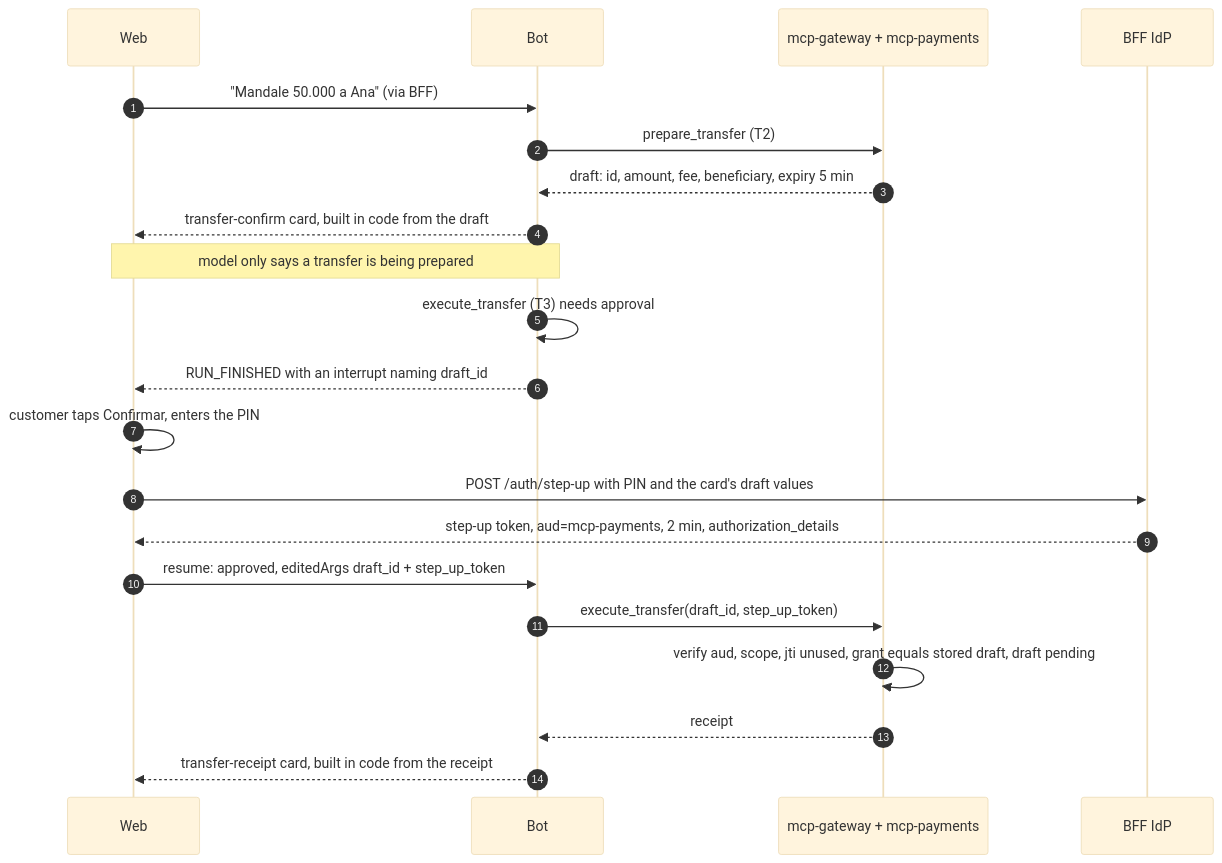
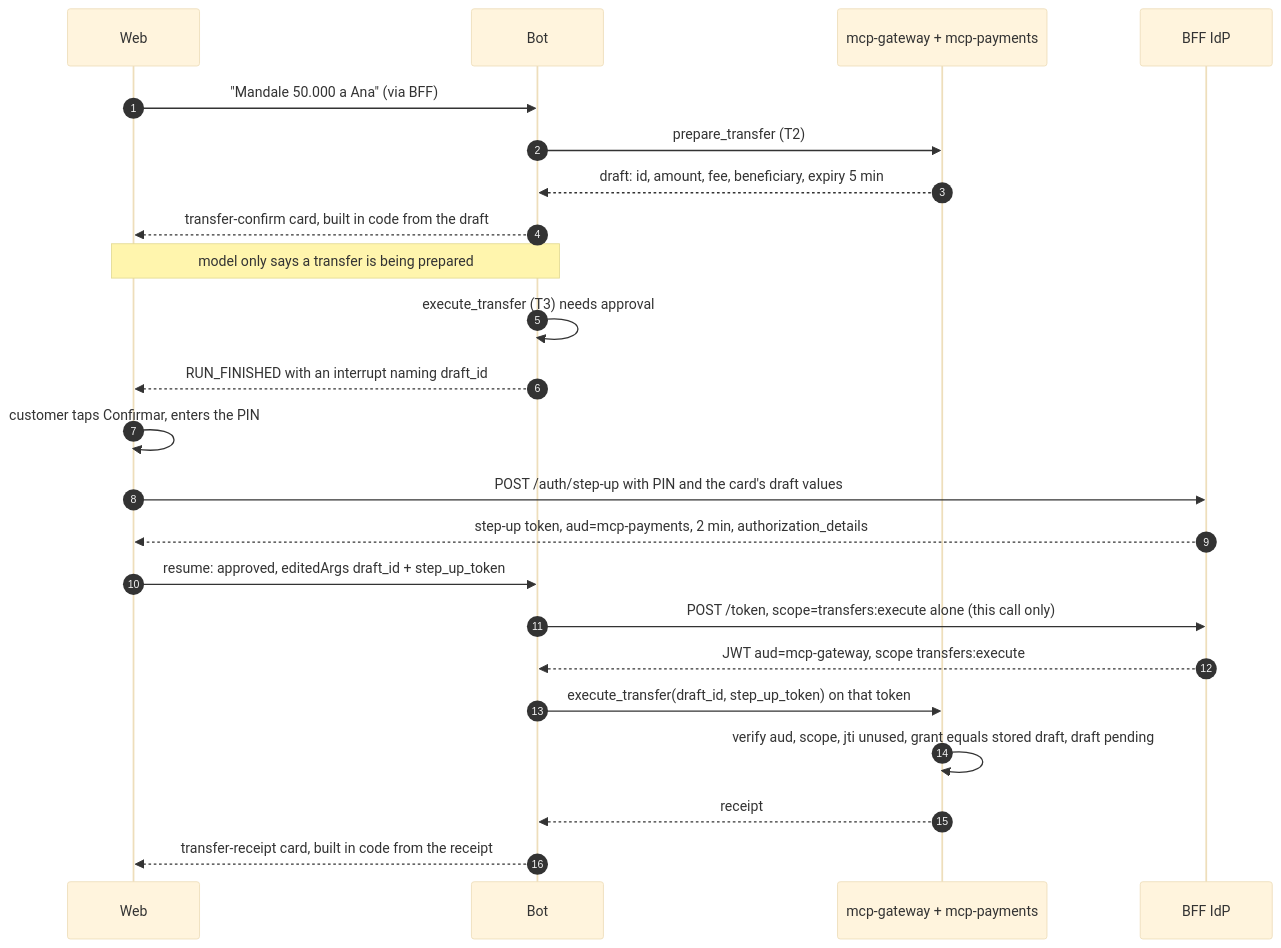
One commit to juanagu/countersign changed the fourth of 7 diagrams in docs/architecture.md. Above: the diagram before and after it, drawn with Mermaid (base theme). The commit also changed other lines of this file and 52 other files, not shown here.

First line of the commit message:
feat(f42): scope gateway tokens by loaded skill, transfers:execute only after approval (#25)

````diff
--- a/docs/architecture.md
+++ b/docs/architecture.md
@@ -182,24 +199,26 @@
 ```mermaid
 sequenceDiagram
   autonumber
   participant W as Web
   participant T as Bot
   participant G as mcp-gateway + mcp-payments
   participant I as BFF IdP
 
   W->>T: "Mandale 50.000 a Ana" (via BFF)
   T->>G: prepare_transfer (T2)
   G-->>T: draft: id, amount, fee, beneficiary, expiry 5 min
   T-->>W: transfer-confirm card, built in code from the draft
   Note over T,W: model only says a transfer is being prepared
   T->>T: execute_transfer (T3) needs approval
   T-->>W: RUN_FINISHED with an interrupt naming draft_id
   W->>W: customer taps Confirmar, enters the PIN
   W->>I: POST /auth/step-up with PIN and the card's draft values
   I-->>W: step-up token, aud=mcp-payments, 2 min, authorization_details
   W->>T: resume: approved, editedArgs draft_id + step_up_token
-  T->>G: execute_transfer(draft_id, step_up_token)
+  T->>I: POST /token, scope=transfers:execute alone (this call only)
+  I-->>T: JWT aud=mcp-gateway, scope transfers:execute
+  T->>G: execute_transfer(draft_id, step_up_token) on that token
   G->>G: verify aud, scope, jti unused, grant equals stored draft, draft pending
   G-->>T: receipt
   T-->>W: transfer-receipt card, built in code from the receipt
 ```
````
